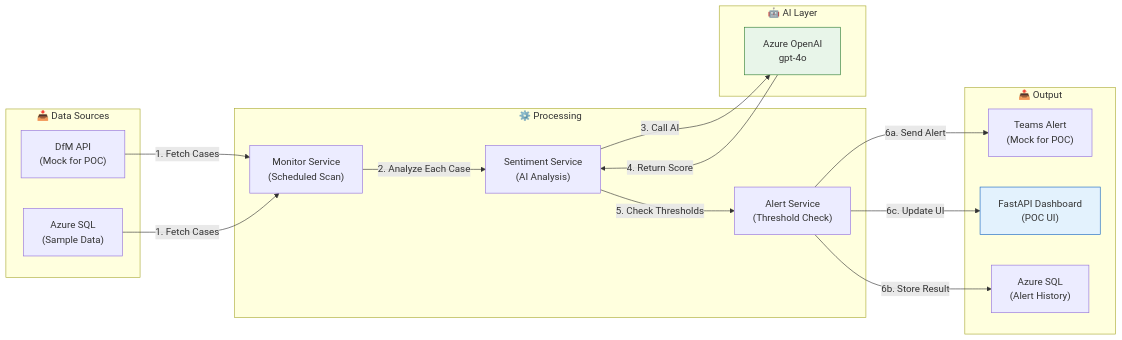
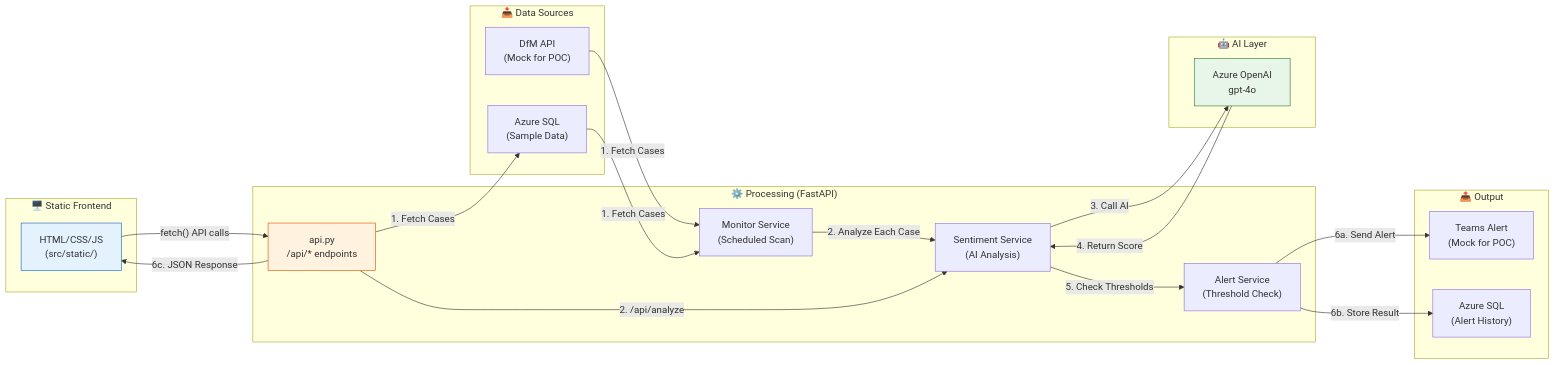
Before and after one commit to KyleMonteagudo/csat-guardian: the second of 4 diagrams in docs/diagrams/infrastructure.md, drawn with Mermaid. The commit also changed other lines of this file and 6 other files, not shown here.

Commit message:
Update all documentation for new static frontend UI (HTML/CSS/JS)

````diff
--- a/docs/diagrams/infrastructure.md
+++ b/docs/diagrams/infrastructure.md
@@ -100,36 +106,44 @@
 ```mermaid
 flowchart LR
+    subgraph Frontend["🖥️ Static Frontend"]
+        UI["HTML/CSS/JS<br/>(src/static/)"]
+    end
+
     subgraph Sources["📥 Data Sources"]
         DfM["DfM API<br/>(Mock for POC)"]
         SQL_Source["Azure SQL<br/>(Sample Data)"]
     end
 
-    subgraph Processing["⚙️ Processing"]
+    subgraph Processing["⚙️ Processing (FastAPI)"]
+        API["api.py<br/>/api/* endpoints"]
         Monitor["Monitor Service<br/>(Scheduled Scan)"]
         Sentiment["Sentiment Service<br/>(AI Analysis)"]
         Alert["Alert Service<br/>(Threshold Check)"]
     end
 
     subgraph AI["🤖 AI Layer"]
         OpenAI["Azure OpenAI<br/>gpt-4o"]
     end
 
     subgraph Output["📤 Output"]
         TeamsAlert["Teams Alert<br/>(Mock for POC)"]
-        Dashboard["FastAPI Dashboard<br/>(POC UI)"]
         SQLResults["Azure SQL<br/>(Alert History)"]
     end
 
+    UI -->|"fetch() API calls"| API
+    API -->|"1. Fetch Cases"| SQL_Source
     DfM -->|"1. Fetch Cases"| Monitor
     SQL_Source -->|"1. Fetch Cases"| Monitor
     Monitor -->|"2. Analyze Each Case"| Sentiment
+    API -->|"2. /api/analyze"| Sentiment
     Sentiment -->|"3. Call AI"| OpenAI
     OpenAI -->|"4. Return Score"| Sentiment
     Sentiment -->|"5. Check Thresholds"| Alert
     Alert -->|"6a. Send Alert"| TeamsAlert
     Alert -->|"6b. Store Result"| SQLResults
-    Alert -->|"6c. Update UI"| Dashboard
+    API -->|"6c. JSON Response"| UI
 
     style OpenAI fill:#e8f5e9,stroke:#2e7d32
-    style Dashboard fill:#e3f2fd,stroke:#1565c0
+    style UI fill:#e3f2fd,stroke:#1565c0
+    style API fill:#fff3e0,stroke:#e65100
 ```
````
